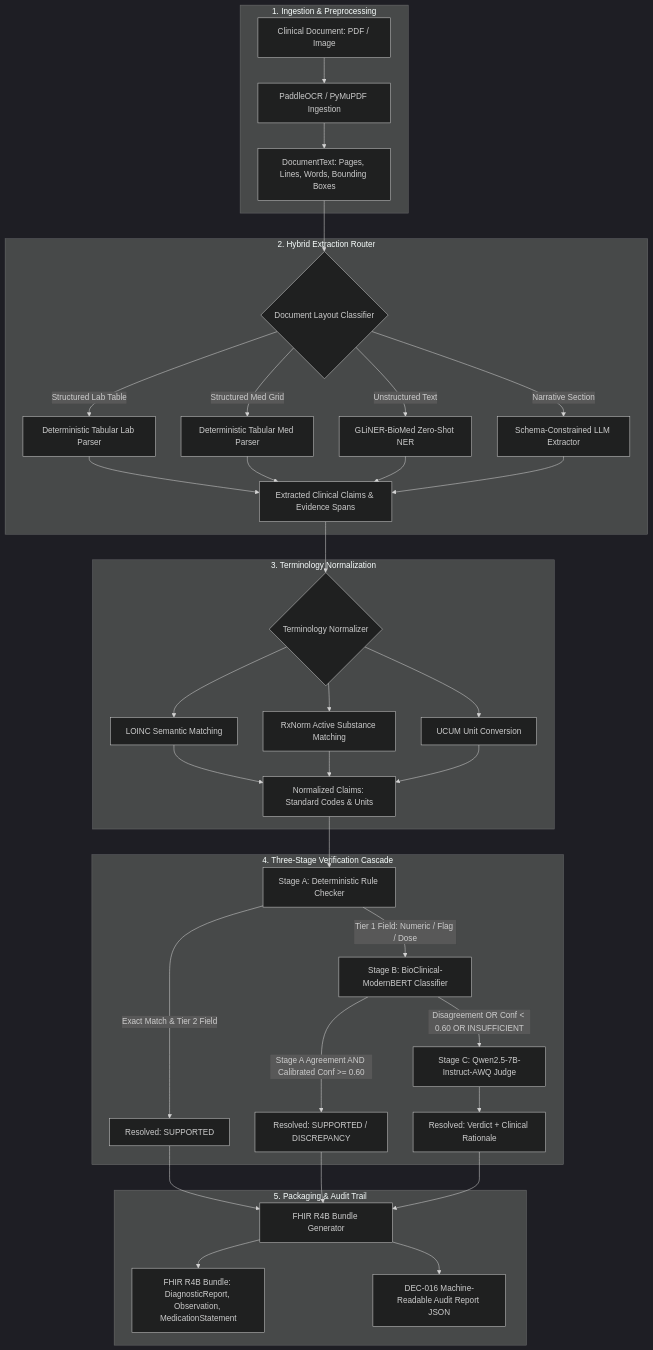
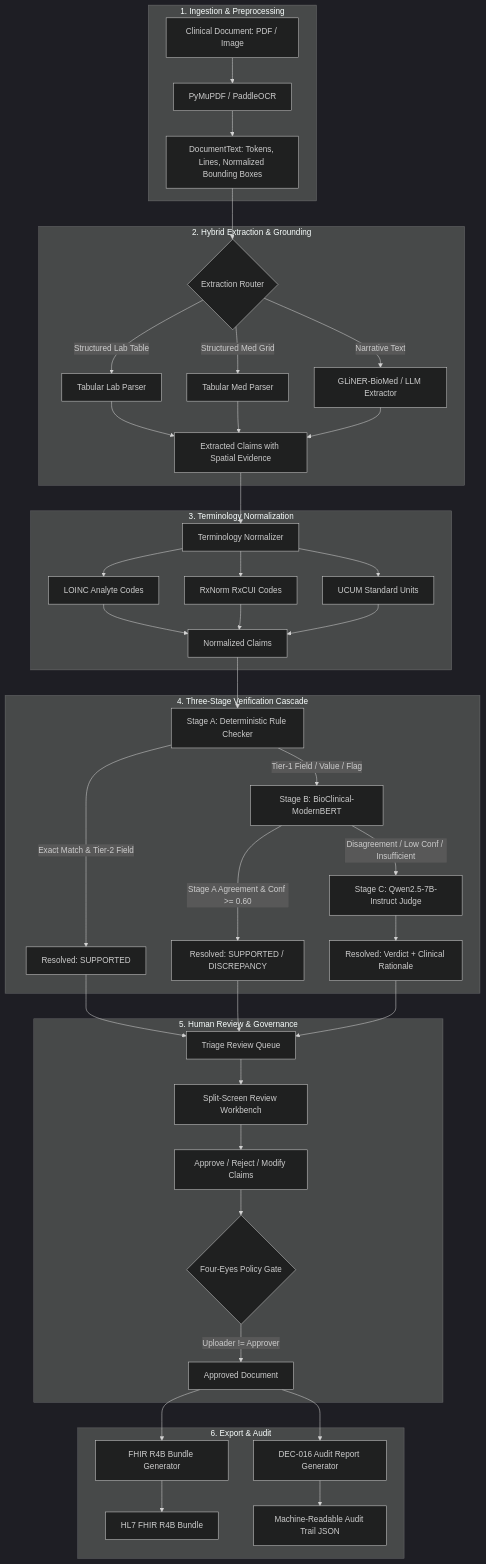
The diagram in README.md (nobody294469/DAA), drawn with Mermaid (dark theme) before and after one commit. The commit also changed other lines of this file, not shown here.

Commit message:
Document ClinicalDoc MVP setup and demo workflow

````diff
--- a/README.md
+++ b/README.md
@@ -38,49 +94,53 @@
 ```mermaid
 flowchart TD
     subgraph Ingestion ["1. Ingestion & Preprocessing"]
-        Doc[Clinical Document: PDF / Image] --> OCR[PaddleOCR / PyMuPDF Ingestion]
-        OCR --> DocText[DocumentText: Pages, Lines, Words, Bounding Boxes]
+        Doc[Clinical Document: PDF / Image] --> OCR[PyMuPDF / PaddleOCR]
+        OCR --> DocText[DocumentText: Tokens, Lines, Normalized Bounding Boxes]
     end
 
-    subgraph Extraction ["2. Hybrid Extraction Router"]
-        DocText --> Router{Document Layout Classifier}
-        Router -->|Structured Lab Table| ParserLab[Deterministic Tabular Lab Parser]
-        Router -->|Structured Med Grid| ParserMed[Deterministic Tabular Med Parser]
-        Router -->|Unstructured Text| NER[GLiNER-BioMed Zero-Shot NER]
-        Router -->|Narrative Section| LLMExt[Schema-Constrained LLM Extractor]
-        ParserLab --> RawClaims[Extracted Clinical Claims & Evidence Spans]
+    subgraph Extraction ["2. Hybrid Extraction & Grounding"]
+        DocText --> Router{Extraction Router}
+        Router -->|Structured Lab Table| ParserLab[Tabular Lab Parser]
+        Router -->|Structured Med Grid| ParserMed[Tabular Med Parser]
+        Router -->|Narrative Text| NER[GLiNER-BioMed / LLM Extractor]
+        ParserLab --> RawClaims[Extracted Claims with Spatial Evidence]
         ParserMed --> RawClaims
         NER --> RawClaims
-        LLMExt --> RawClaims
     end
 
     subgraph Normalization ["3. Terminology Normalization"]
-        RawClaims --> Norm{Terminology Normalizer}
-        Norm --> LOINC[LOINC Semantic Matching]
-        Norm --> RxNorm[RxNorm Active Substance Matching]
-        Norm --> UCUM[UCUM Unit Conversion]
-        LOINC --> NormClaims[Normalized Claims: Standard Codes & Units]
+        RawClaims --> Norm[Terminology Normalizer]
+        Norm --> LOINC[LOINC Analyte Codes]
+        Norm --> RxNorm[RxNorm RxCUI Codes]
+        Norm --> UCUM[UCUM Standard Units]
+        LOINC --> NormClaims[Normalized Claims]
         RxNorm --> NormClaims
         UCUM --> NormClaims
     end
 
     subgraph Cascade ["4. Three-Stage Verification Cascade"]
         NormClaims --> StageA[Stage A: Deterministic Rule Checker]
-        StageA -->|Exact Match & Tier 2 Field| S_A_Done[Resolved: SUPPORTED]
-        StageA -->|Tier 1 Field: Numeric / Flag / Dose| StageB[Stage B: BioClinical-ModernBERT Classifier]
-        
-        StageB -->|Stage A Agreement AND Calibrated Conf >= 0.60| S_B_Done[Resolved: SUPPORTED / DISCREPANCY]
-        StageB -->|Disagreement OR Conf < 0.60 OR INSUFFICIENT| StageC[Stage C: Qwen2.5-7B-Instruct-AWQ Judge]
-        
+        StageA -->|Exact Match & Tier-2 Field| S_A_Done[Resolved: SUPPORTED]
+        StageA -->|Tier-1 Field / Value / Flag| StageB[Stage B: BioClinical-ModernBERT]
+        StageB -->|Stage A Agreement & Conf >= 0.60| S_B_Done[Resolved: SUPPORTED / DISCREPANCY]
+        StageB -->|Disagreement / Low Conf / Insufficient| StageC[Stage C: Qwen2.5-7B-Instruct Judge]
         StageC --> S_C_Done[Resolved: Verdict + Clinical Rationale]
     end
 
-    subgraph Packaging ["5. Packaging & Audit Trail"]
-        S_A_Done --> BundleGen[FHIR R4B Bundle Generator]
-        S_B_Done --> BundleGen
-        S_C_Done --> BundleGen
-        
-        BundleGen --> FHIR[FHIR R4B Bundle: DiagnosticReport, Observation, MedicationStatement]
-        BundleGen --> Audit[DEC-016 Machine-Readable Audit Report JSON]
+    subgraph Review ["5. Human Review & Governance"]
+        S_A_Done --> ReviewQueue[Triage Review Queue]
+        S_B_Done --> ReviewQueue
+        S_C_Done --> ReviewQueue
+        ReviewQueue --> Workbench[Split-Screen Review Workbench]
+        Workbench --> ClinicianActions[Approve / Reject / Modify Claims]
+        ClinicianActions --> FourEyes{Four-Eyes Policy Gate}
+        FourEyes -->|Uploader != Approver| ApprovedDoc[Approved Document]
+    end
+
+    subgraph Export ["6. Export & Audit"]
+        ApprovedDoc --> FHIRExport[FHIR R4B Bundle Generator]
+        ApprovedDoc --> AuditGen[DEC-016 Audit Report Generator]
+        FHIRExport --> FHIRBundle[HL7 FHIR R4B Bundle]
+        AuditGen --> AuditJSON[Machine-Readable Audit Trail JSON]
     end
 ```
````
